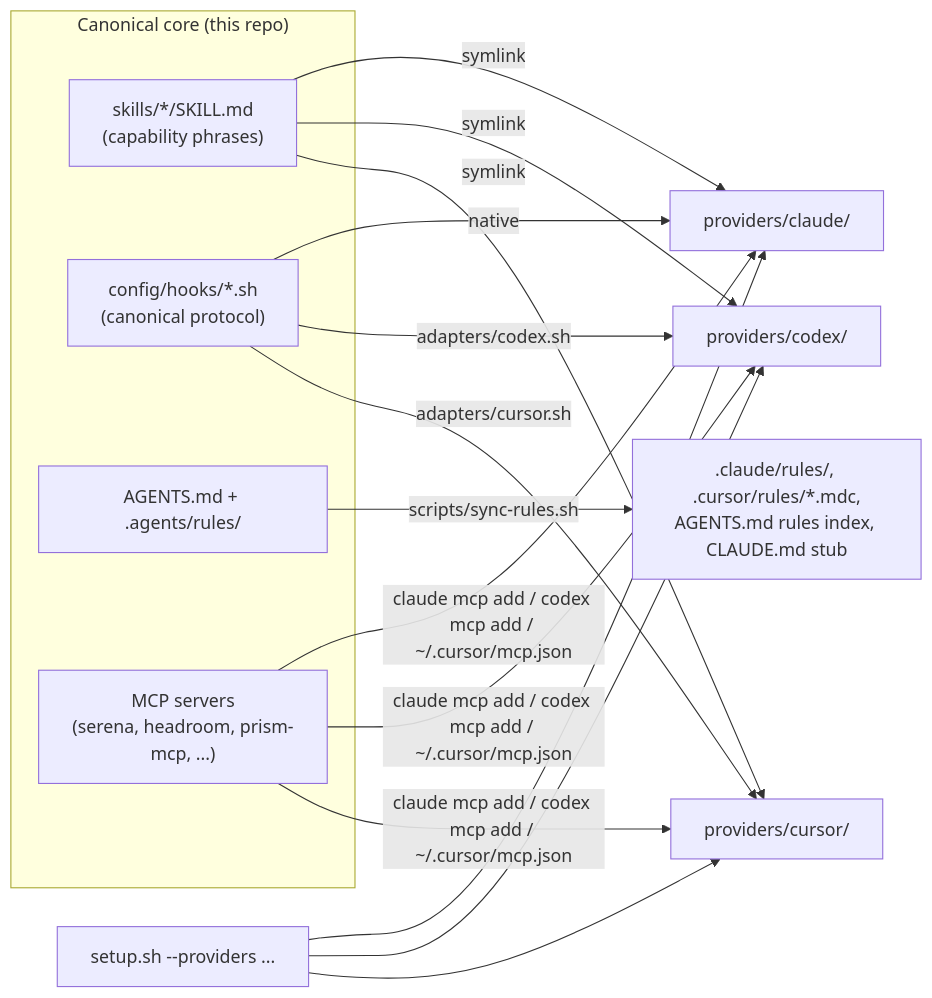
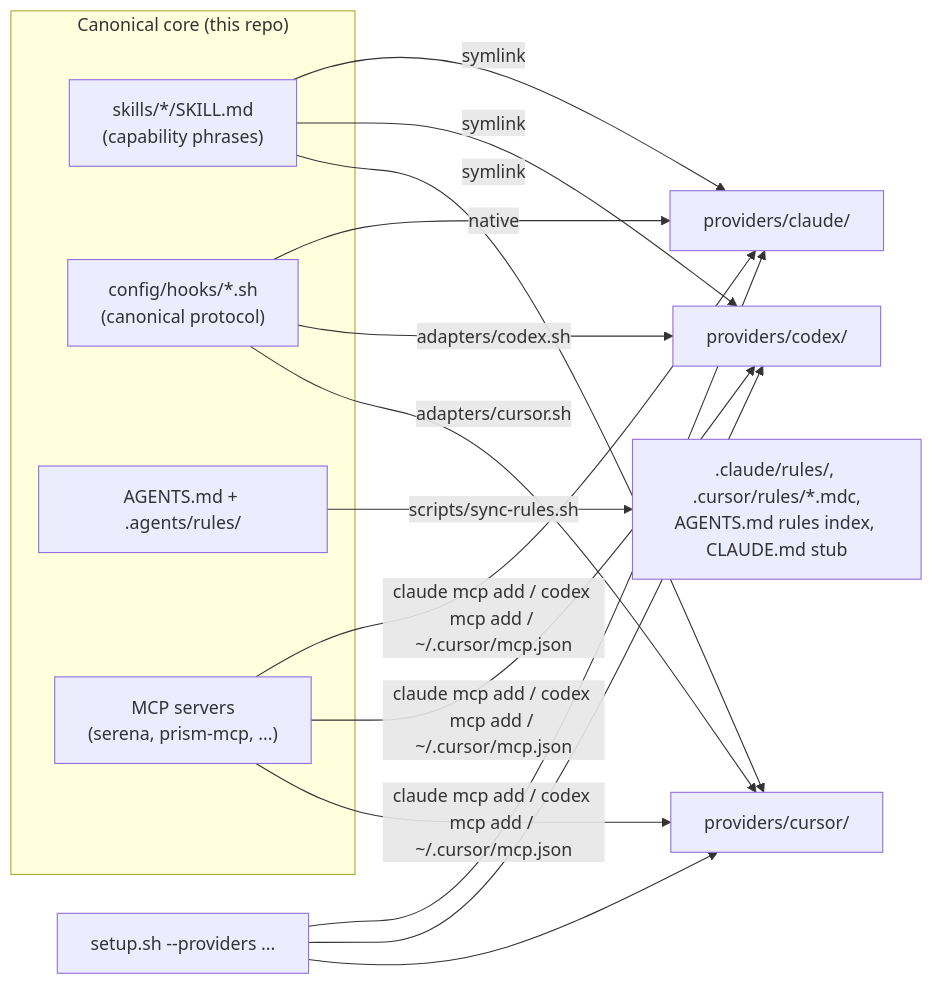
Before and after one commit to joithor/agentic-workflow: the second of 2 diagrams in planning/ARCHITECTURE.md, drawn with Mermaid. The commit also changed other lines of this file and 9 other files, not shown here.

````diff
--- a/planning/ARCHITECTURE.md
+++ b/planning/ARCHITECTURE.md
@@ -90,20 +90,20 @@
 ```mermaid
 graph LR
     subgraph "Canonical core (this repo)"
         Skills["skills/*/SKILL.md<br/>(capability phrases)"]
         Hooks["config/hooks/*.sh<br/>(canonical protocol)"]
         Rules["AGENTS.md + .agents/rules/"]
-        MCPs["MCP servers<br/>(serena, headroom, prism-mcp, ...)"]
+        MCPs["MCP servers<br/>(serena, prism-mcp, ...)"]
     end
 
     Setup["setup.sh --providers ..."] --> PClaude["providers/claude/"]
     Setup --> PCodex["providers/codex/"]
     Setup --> PCursor["providers/cursor/"]
 
     Skills --> |symlink| PClaude & PCodex & PCursor
     Hooks --> |native| PClaude
     Hooks --> |"adapters/codex.sh"| PCodex
     Hooks --> |"adapters/cursor.sh"| PCursor
     Rules --> |"scripts/sync-rules.sh"| Emitted[".claude/rules/, .cursor/rules/*.mdc,<br/>AGENTS.md rules index, CLAUDE.md stub"]
     MCPs --> |"claude mcp add / codex mcp add / ~/.cursor/mcp.json"| PClaude & PCodex & PCursor
 ```
````
